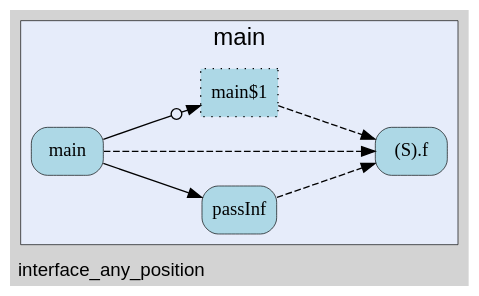
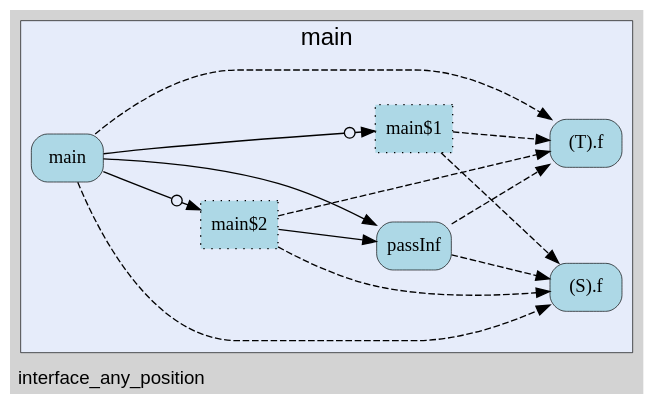
One commit to Lslightly/go-callvis changed the diagram in examples/src/interface_any_position/inf_any_pos.gv. Above: the diagram before and after it, drawn with Graphviz. The commit also changed 3 other files, not shown here.

```diff
--- a/examples/src/interface_any_position/inf_any_pos.gv
+++ b/examples/src/interface_any_position/inf_any_pos.gv
@@ -1,35 +1,44 @@
 digraph gocallvis {
     label="interface_any_position";
     labeljust="l";
     fontname="Arial";
     fontsize="14";
     rankdir="LR";
     bgcolor="lightgray";
     style="solid";
     penwidth="0.5";
     pad="0.0";
     nodesep="0.35";
 
     node [shape="box" style="filled,rounded" fillcolor="honeydew" fontname="Verdana" penwidth="1.0" margin="0.05,0.0"];
     edge [minlen="2"]
 
     subgraph "cluster_focus" {
-        bgcolor="#e6ecfa";
+        fontsize="18";
+bgcolor="#e6ecfa";
 label="main";
 labelloc="t";
 labeljust="c";
-fontsize="18";
         
-        "interface_any_position.passInf" [ fillcolor="lightblue" label="passInf" penwidth="0.5" tooltip="interface_any_position.passInf | defined in main.go:13\nat main.go:14: calling [(interface_any_position.S).f]" ]
-        "(interface_any_position.S).f" [ fillcolor="lightblue" label="(S).f" penwidth="0.5" tooltip="(interface_any_position.S).f | defined in main.go:9" ]
-        "interface_any_position.main$1" [ fillcolor="lightblue" label="main$1" style="dotted,filled" tooltip="interface_any_position.main$1 | defined in main.go:22\nat main.go:23: calling [(interface_any_position.S).f]" ]
-        "interface_any_position.main" [ fillcolor="lightblue" label="main" penwidth="0.5" tooltip="interface_any_position.main | defined in main.go:18\nat main.go:20: calling [interface_any_position.passInf]\nat main.go:22: calling [interface_any_position.main$1]\nat main.go:20: calling [(interface_any_position.S).f]" ]
+        "interface_any_position.passInf" [ penwidth="0.5" tooltip="interface_any_position.passInf | defined in main.go:18\nat main.go:19: calling [(interface_any_position.T).f]\nat main.go:19: calling [(interface_any_position.S).f]" fillcolor="lightblue" label="passInf" ]
+        "(interface_any_position.S).f" [ fillcolor="lightblue" label="(S).f" penwidth="0.5" tooltip="(interface_any_position.S).f | defined in main.go:10" ]
+        "(interface_any_position.T).f" [ fillcolor="lightblue" label="(T).f" penwidth="0.5" tooltip="(interface_any_position.T).f | defined in main.go:14" ]
+        "interface_any_position.main" [ fillcolor="lightblue" label="main" penwidth="0.5" tooltip="interface_any_position.main | defined in main.go:23\nat main.go:32: calling [interface_any_position.main$2]\nat main.go:39: calling [(interface_any_position.T).f]\nat main.go:25: calling [(interface_any_position.T).f]\nat main.go:28: calling [interface_any_position.main$1]\nat main.go:39: calling [(interface_any_position.S).f]\nat main.go:25: calling [(interface_any_position.S).f]\nat main.go:25: calling [interface_any_position.passInf]" ]
+        "interface_any_position.main$1" [ tooltip="interface_any_position.main$1 | defined in main.go:28\nat main.go:29: calling [(interface_any_position.S).f]\nat main.go:29: calling [(interface_any_position.T).f]" fillcolor="lightblue" label="main$1" style="dotted,filled" ]
+        "interface_any_position.main$2" [ fillcolor="lightblue" label="main$2" style="dotted,filled" tooltip="interface_any_position.main$2 | defined in main.go:32\nat main.go:33: calling [(interface_any_position.T).f]\nat main.go:33: calling [interface_any_position.passInf]\nat main.go:33: calling [(interface_any_position.S).f]" ]
         
     }
 
-    "interface_any_position.passInf" -> "(interface_any_position.S).f" [ style="dashed" tooltip="at main.go:14: calling [(interface_any_position.S).f]" ]
-    "interface_any_position.main$1" -> "(interface_any_position.S).f" [ style="dashed" tooltip="at main.go:23: calling [(interface_any_position.S).f]" ]
-    "interface_any_position.main" -> "interface_any_position.passInf" [ tooltip="at main.go:20: calling [interface_any_position.passInf]" ]
-    "interface_any_position.main" -> "interface_any_position.main$1" [ arrowhead="normalnoneodot" tooltip="at main.go:22: calling [interface_any_position.main$1]" ]
-    "interface_any_position.main" -> "(interface_any_position.S).f" [ style="dashed" tooltip="at main.go:20: calling [(interface_any_position.S).f]" ]
+    "interface_any_position.main$2" -> "(interface_any_position.T).f" [ style="dashed" tooltip="at main.go:33: calling [(interface_any_position.T).f]" ]
+    "interface_any_position.main" -> "interface_any_position.main$2" [ arrowhead="normalnoneodot" tooltip="at main.go:32: calling [interface_any_position.main$2]" ]
+    "interface_any_position.main" -> "(interface_any_position.T).f" [ style="dashed" tooltip="at main.go:39: calling [(interface_any_position.T).f]\nat main.go:25: calling [(interface_any_position.T).f]" ]
+    "interface_any_position.passInf" -> "(interface_any_position.T).f" [ tooltip="at main.go:19: calling [(interface_any_position.T).f]" style="dashed" ]
+    "interface_any_position.main$1" -> "(interface_any_position.S).f" [ style="dashed" tooltip="at main.go:29: calling [(interface_any_position.S).f]" ]
+    "interface_any_position.main$1" -> "(interface_any_position.T).f" [ style="dashed" tooltip="at main.go:29: calling [(interface_any_position.T).f]" ]
+    "interface_any_position.main" -> "interface_any_position.main$1" [ arrowhead="normalnoneodot" tooltip="at main.go:28: calling [interface_any_position.main$1]" ]
+    "interface_any_position.main$2" -> "interface_any_position.passInf" [ tooltip="at main.go:33: calling [interface_any_position.passInf]" ]
+    "interface_any_position.main$2" -> "(interface_any_position.S).f" [ tooltip="at main.go:33: calling [(interface_any_position.S).f]" style="dashed" ]
+    "interface_any_position.main" -> "(interface_any_position.S).f" [ style="dashed" tooltip="at main.go:39: calling [(interface_any_position.S).f]\nat main.go:25: calling [(interface_any_position.S).f]" ]
+    "interface_any_position.passInf" -> "(interface_any_position.S).f" [ style="dashed" tooltip="at main.go:19: calling [(interface_any_position.S).f]" ]
+    "interface_any_position.main" -> "interface_any_position.passInf" [ tooltip="at main.go:25: calling [interface_any_position.passInf]" ]
 }
```
